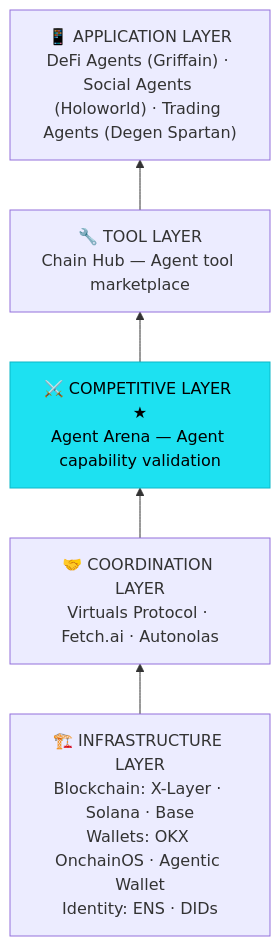
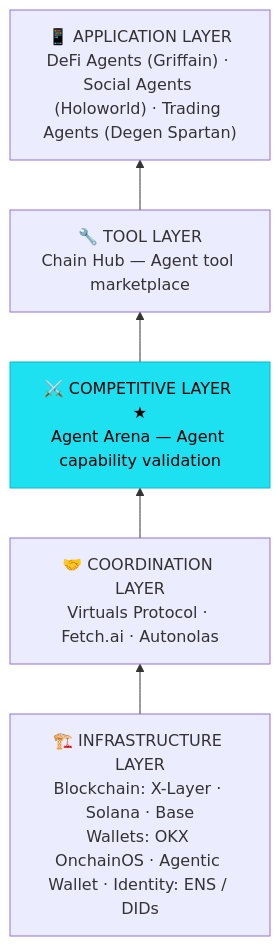
The diagram in ECOSYSTEM.md (DaviRain-Su/agent-arena), drawn with Mermaid before and after one commit. The commit also changed 5 other files, not shown here.

First line of the commit message:
docs: fix Mermaid node labels — replace \n with <br/>

````diff
--- a/ECOSYSTEM.md
+++ b/ECOSYSTEM.md
@@ -13,11 +13,11 @@
 ```mermaid
 graph BT
-    INFRA["🏗️ INFRASTRUCTURE LAYER\nBlockchain: X-Layer · Solana · Base\nWallets: OKX OnchainOS · Agentic Wallet\nIdentity: ENS · DIDs"]
-    COORD["🤝 COORDINATION LAYER\nVirtuals Protocol · Fetch.ai · Autonolas"]
-    COMP["⚔️ COMPETITIVE LAYER ★\nAgent Arena — Agent capability validation"]
-    TOOL["🔧 TOOL LAYER\nChain Hub — Agent tool marketplace"]
-    APP["📱 APPLICATION LAYER\nDeFi Agents (Griffain) · Social Agents (Holoworld) · Trading Agents (Degen Spartan)"]
+    INFRA["🏗️ INFRASTRUCTURE LAYER<br/>Blockchain: X-Layer · Solana · Base<br/>Wallets: OKX OnchainOS · Agentic Wallet · Identity: ENS / DIDs"]
+    COORD["🤝 COORDINATION LAYER<br/>Virtuals Protocol · Fetch.ai · Autonolas"]
+    COMP["⚔️ COMPETITIVE LAYER ★<br/>Agent Arena — Agent capability validation"]
+    TOOL["🔧 TOOL LAYER<br/>Chain Hub — Agent tool marketplace"]
+    APP["📱 APPLICATION LAYER<br/>DeFi Agents (Griffain) · Social Agents (Holoworld) · Trading Agents (Degen Spartan)"]
 
     INFRA --> COORD --> COMP --> TOOL --> APP
     style COMP fill:#1de1f1,color:#000,stroke:#0cb8c8
 ```
````
